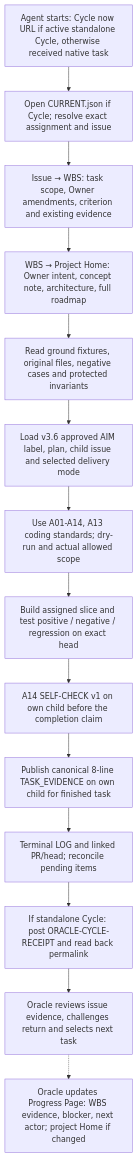
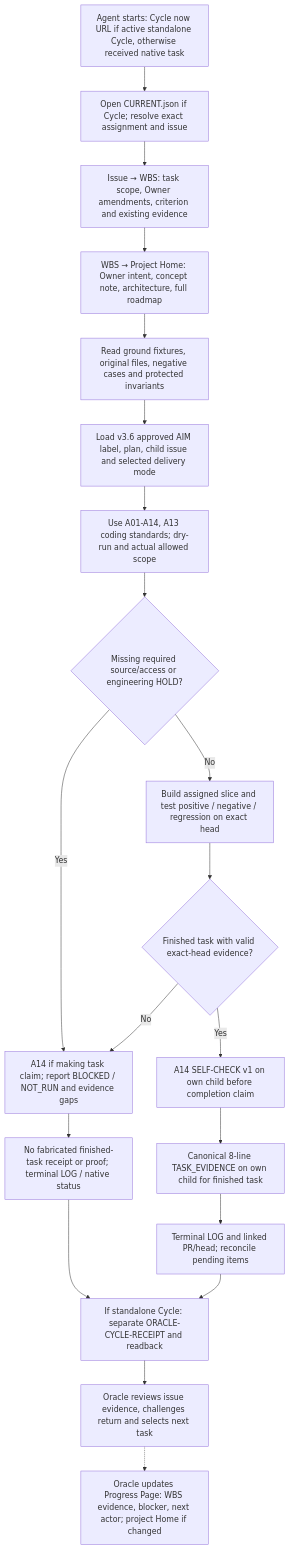
The third of 5 diagrams in skills/agent-work/ENTRY_PROCESS_MAPS.md (reallakshman19/Common), drawn with Mermaid before and after one commit. The commit also changed other lines of this file, not shown here.

Commit message:
docs(agent-work): four focused map fixes for native route, blocked proof, delivery confirmation and actual Home display

````diff
--- a/skills/agent-work/ENTRY_PROCESS_MAPS.md
+++ b/skills/agent-work/ENTRY_PROCESS_MAPS.md
@@ -65,17 +74,23 @@
 ```mermaid
 flowchart TD
   C0["Agent starts: Cycle now URL if active standalone Cycle, otherwise received native task"]
   C0 --> C1["Open CURRENT.json if Cycle; resolve exact assignment and issue"]
   C1 --> C2["Issue → WBS: task scope, Owner amendments, criterion and existing evidence"]
   C2 --> C3["WBS → Project Home: Owner intent, concept note, architecture, full roadmap"]
   C3 --> C4["Read ground fixtures, original files, negative cases and protected invariants"]
   C4 --> C5["Load v3.6 approved AIM label, plan, child issue and selected delivery mode"]
   C5 --> C6["Use A01-A14, A13 coding standards; dry-run and actual allowed scope"]
-  C6 --> C7["Build assigned slice and test positive / negative / regression on exact head"]
-  C7 --> C8["A14 SELF-CHECK v1 on own child before the completion claim"]
-  C8 --> C9["Publish canonical 8-line TASK_EVIDENCE on own child for finished task"]
+  C6 --> CG{"Missing required source/access or engineering HOLD?"}
+  CG -->|No| C7["Build assigned slice and test positive / negative / regression on exact head"]
+  CG -->|Yes| CF["A14 if making task claim; report BLOCKED / NOT_RUN and evidence gaps"]
+  C7 --> CE{"Finished task with valid exact-head evidence?"}
+  CE -->|No| CF
+  CE -->|Yes| C8["A14 SELF-CHECK v1 on own child before completion claim"]
+  C8 --> C9["Canonical 8-line TASK_EVIDENCE on own child for finished task"]
   C9 --> C10["Terminal LOG and linked PR/head; reconcile pending items"]
-  C10 --> C11["If standalone Cycle: post ORACLE-CYCLE-RECEIPT and read back permalink"]
+  CF --> CX["No fabricated finished-task receipt or proof; terminal LOG / native status"]
+  CX --> C11["If standalone Cycle: separate ORACLE-CYCLE-RECEIPT and readback"]
+  C10 --> C11
   C11 --> C12["Oracle reviews issue evidence, challenges return and selects next task"]
   C12 -.-> CP["Oracle updates Progress Page: WBS evidence, blocker, next actor; project Home if changed"]
 ```
````
